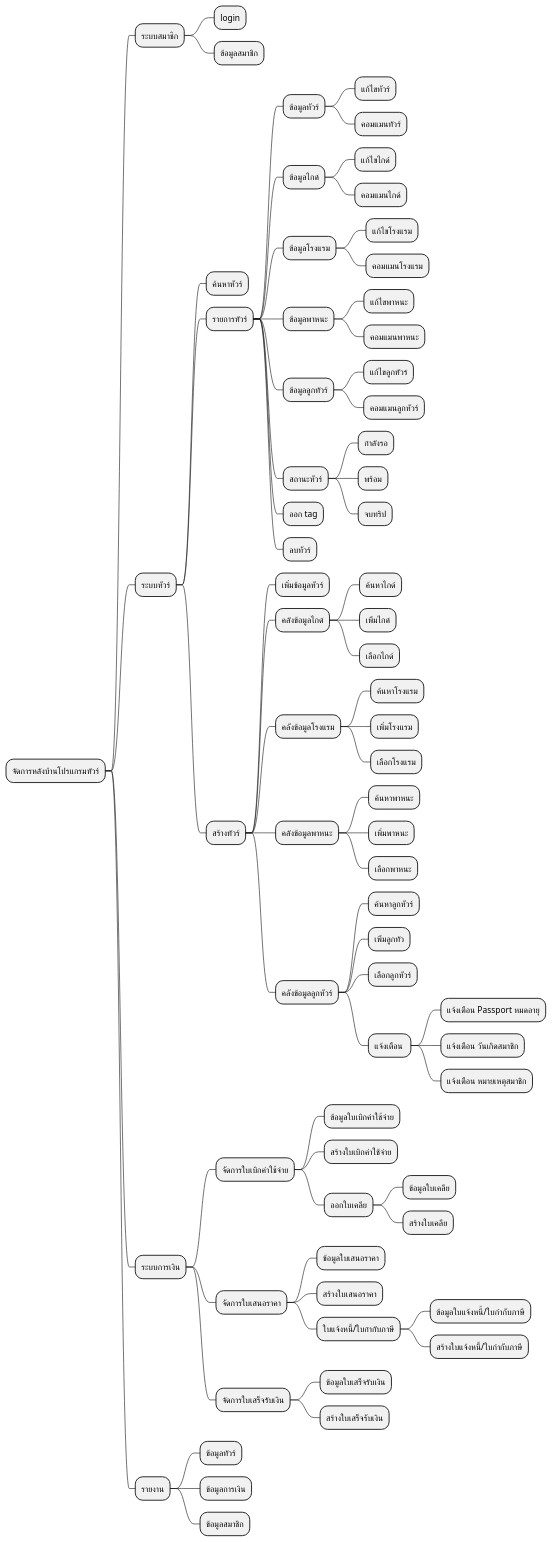
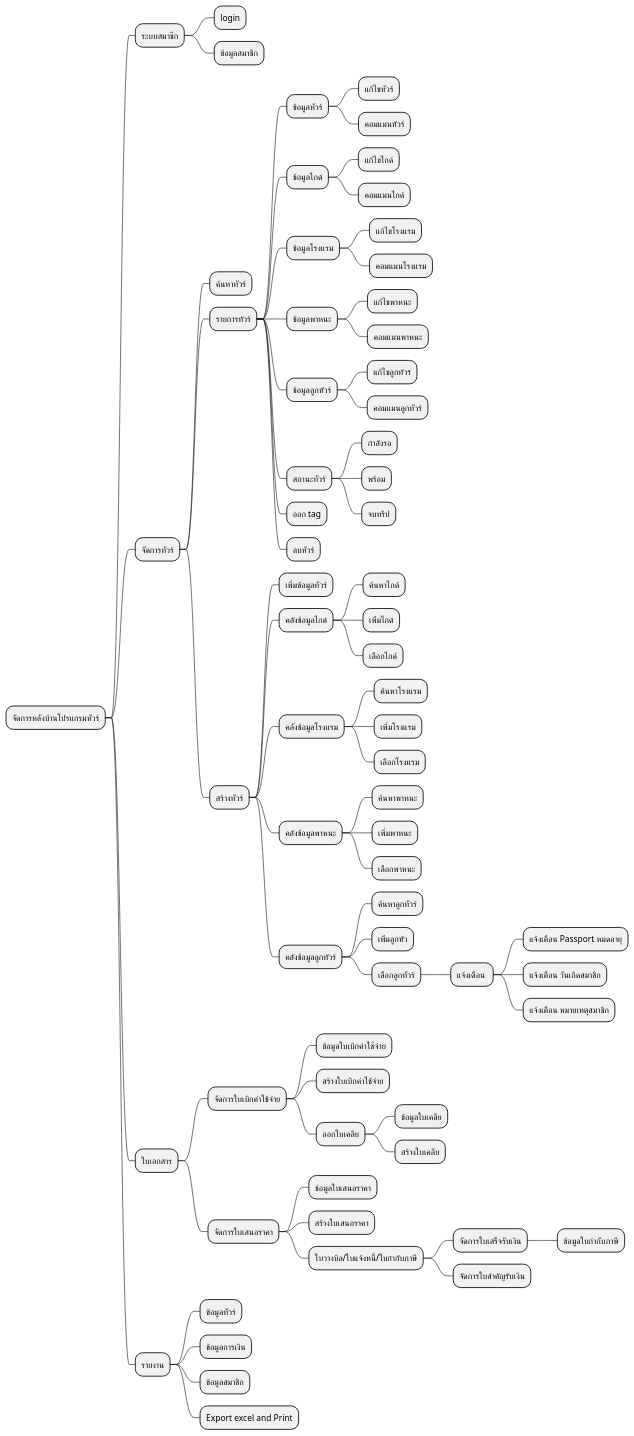
Before and after one commit to pratchaya-anan/backoffice-tour-flowbite: the fourth of 4 diagrams in src/pages/backoffice_function.puml, drawn with PlantUML.

Commit message:
update puml

```diff
--- a/src/pages/backoffice_function.puml
+++ b/src/pages/backoffice_function.puml
@@ -411,73 +411,72 @@
 @startmindmap
 * จัดการหลังบ้านโปรแกรมทัวร์
 ** ระบบสมาชิก
 *** login
 *** ข้อมูลสมาชิก
-** ระบบทัวร์
+** จัดการทัวร์
 *** ค้นหาทัวร์
 *** รายการทัวร์
 **** ข้อมูลทัวร์
 ***** แก้ไขทัวร์
 ***** คอมแมนทัวร์
 **** ข้อมูลไกด์
 ***** แก้ไขไกด์
 ***** คอมแมนไกด์
 **** ข้อมูลโรงแรม
 ***** แก้ไขโรงแรม
 ***** คอมแมนโรงแรม
 **** ข้อมูลพาหนะ
 ***** แก้ไขพาหนะ
 ***** คอมแมนพาหนะ
 **** ข้อมูลลูกทัวร์
 ***** แก้ไขลูกทัวร์
 ***** คอมแมนลูกทัวร์
 **** สถานะทัวร์
 ***** กำลังรอ
 ***** พร้อม
 ***** จบทริป
 **** ออก tag
 **** ลบทัวร์
 *** สร้างทัวร์
 **** เพิ่มข้อมูลทัวร์
 **** คลังข้อมูลไกด์
 ***** ค้นหาไกด์
 ***** เพิ่มไกด์
 ***** เลือกไกด์
 **** คลังข้อมูลโรงแรม
 ***** ค้นหาโรงแรม
 ***** เพิ่มโรงแรม
 ***** เลือกโรงแรม
 **** คลังข้อมูลพาหนะ
 ***** ค้นหาพาหนะ
 ***** เพิ่มพาหนะ
 ***** เลือกพาหนะ
 **** คลังข้อมูลลูกทัวร์
 ***** ค้นหาลูกทัวร์
 ***** เพิ่มลูกทัว
 ***** เลือกลูกทัวร์
-***** แจ้งเตือน 
-****** แจ้งเตือน Passport หมดอายุ
-****** แจ้งเตือน วันเกิดสมาชิก
-****** แจ้งเตือน หมายเหตุสมาชิก
-** ระบบการเงิน
+****** แจ้งเตือน 
+******* แจ้งเตือน Passport หมดอายุ
+******* แจ้งเตือน วันเกิดสมาชิก
+******* แจ้งเตือน หมายเหตุสมาชิก
+** ใบเอกสาร
 *** จัดการใบเบิกค่าใช้จ่าย
 **** ข้อมูลใบเบิกค่าใช้จ่าย
 **** สร้างใบเบิกค่าใช้จ่าย
 **** ออกใบเคลีย
 ***** ข้อมูลใบเคลีย
 ***** สร้างใบเคลีย
 *** จัดการใบเสนอราคา
 **** ข้อมูลใบเสนอราคา
 **** สร้างใบเสนอราคา
-**** ใบแจ้งหนี้/ใบกำกับภาษี
-***** ข้อมูลใบแจ้งหนี้/ใบกำกับภาษี
-***** สร้างใบแจ้งหนี้/ใบกำกับภาษี
-*** จัดการใบเสร็จรับเงิน
-**** ข้อมูลใบเสร็จรับเงิน
-**** สร้างใบเสร็จรับเงิน
+**** ใบวางบิล/ใบแจ้งหนี้/ใบกำกับภาษี
+***** จัดการใบเสร็จรับเงิน
+****** ข้อมูลใบกำกับภาษี
+***** จัดการใบสำคัญรับเงิน
 ** รายงาน
 *** ข้อมูลทัวร์
 *** ข้อมูลการเงิน
 *** ข้อมูลสมาชิก
+*** Export excel and Print
 
 @endmindmap
```
